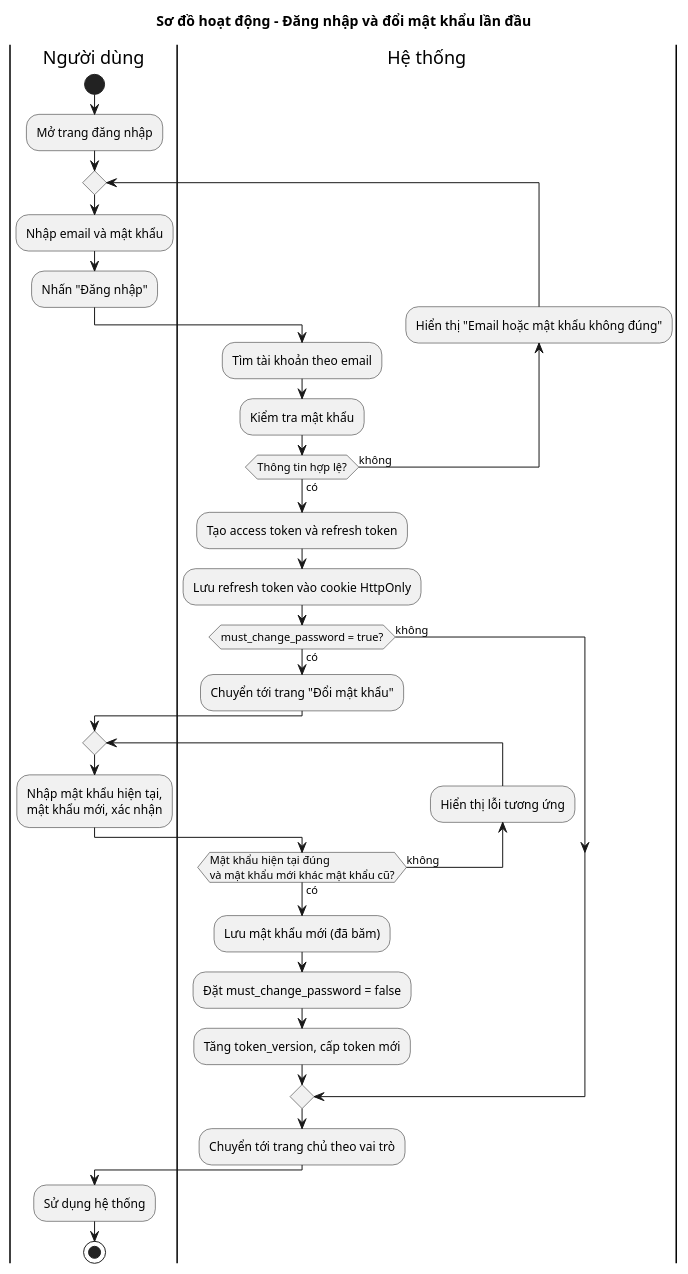
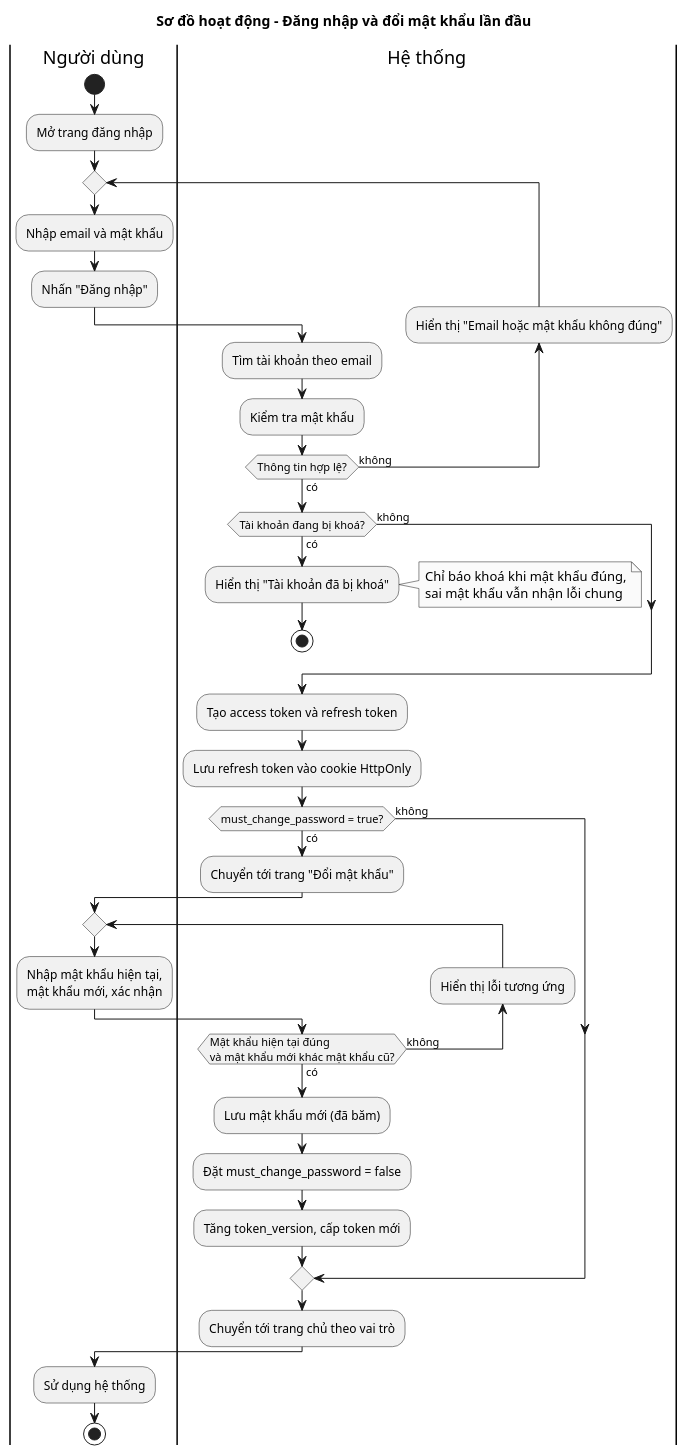
Before and after one commit to dinhnhathuyennhan/leet-code-utc2: the diagram in docs/diagrams/activity/activity-login.puml, drawn with PlantUML. The commit also changed 21 other files, not shown here.

Commit message:
docs: sync API contracts, use cases and diagrams with account, class and grading changes

```diff
--- a/docs/diagrams/activity/activity-login.puml
+++ b/docs/diagrams/activity/activity-login.puml
@@ -1,41 +1,50 @@
 @startuml activity-login
 ' Đăng nhập + bắt buộc đổi mật khẩu tạm ở lần đầu
 skinparam shadowing false
 skinparam monochrome true
 skinparam defaultFontName Arial
 
 title Sơ đồ hoạt động - Đăng nhập và đổi mật khẩu lần đầu
 
 |Người dùng|
 start
 :Mở trang đăng nhập;
 repeat
   :Nhập email và mật khẩu;
   :Nhấn "Đăng nhập";
   |Hệ thống|
   :Tìm tài khoản theo email;
   :Kiểm tra mật khẩu;
   backward :Hiển thị "Email hoặc mật khẩu không đúng";
 repeat while (Thông tin hợp lệ?) is (không) not (có)
+if (Tài khoản đang bị khoá?) then (có)
+  :Hiển thị "Tài khoản đã bị khoá";
+  note right
+    Chỉ báo khoá khi mật khẩu đúng,
+    sai mật khẩu vẫn nhận lỗi chung
+  end note
+  stop
+else (không)
+endif
 :Tạo access token và refresh token;
 :Lưu refresh token vào cookie HttpOnly;
 if (must_change_password = true?) then (có)
   :Chuyển tới trang "Đổi mật khẩu";
   |Người dùng|
   repeat
     :Nhập mật khẩu hiện tại,
     mật khẩu mới, xác nhận;
     |Hệ thống|
     backward :Hiển thị lỗi tương ứng;
   repeat while (Mật khẩu hiện tại đúng\nvà mật khẩu mới khác mật khẩu cũ?) is (không) not (có)
   :Lưu mật khẩu mới (đã băm);
   :Đặt must_change_password = false;
   :Tăng token_version, cấp token mới;
 else (không)
 endif
 :Chuyển tới trang chủ theo vai trò;
 |Người dùng|
 :Sử dụng hệ thống;
 stop
 
 @enduml
```
